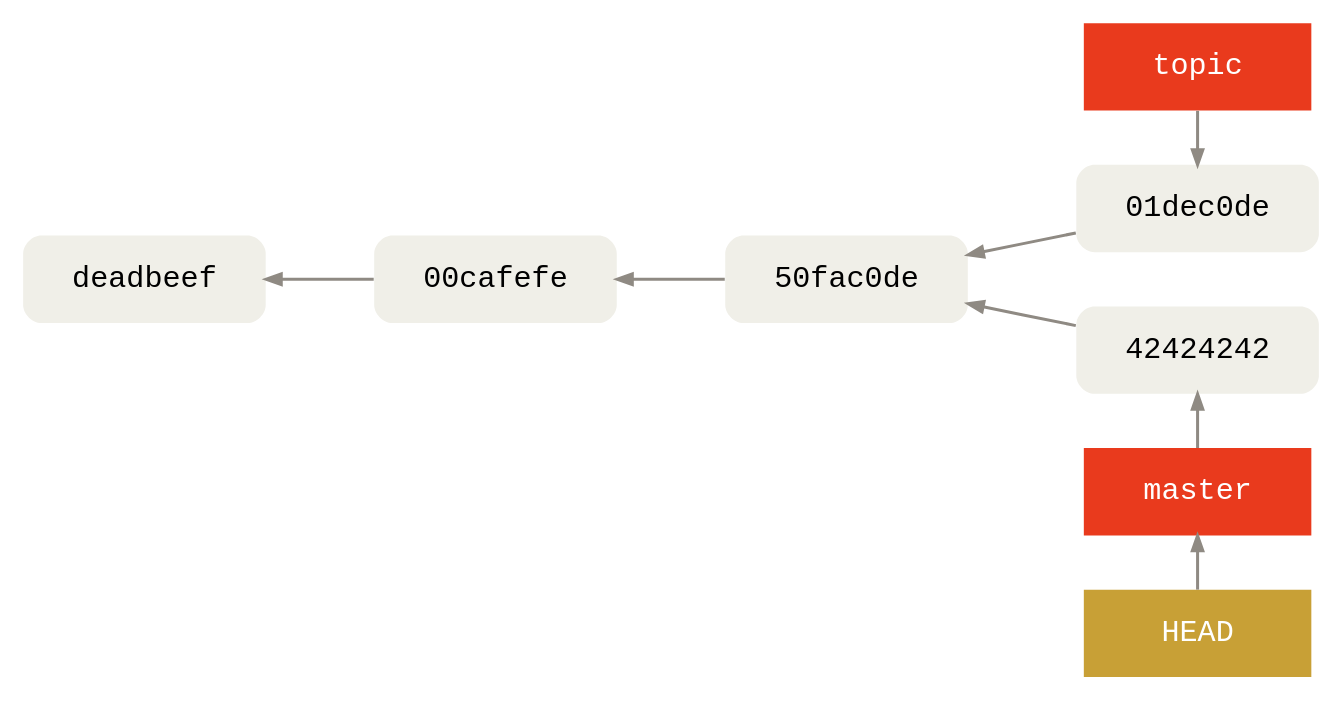
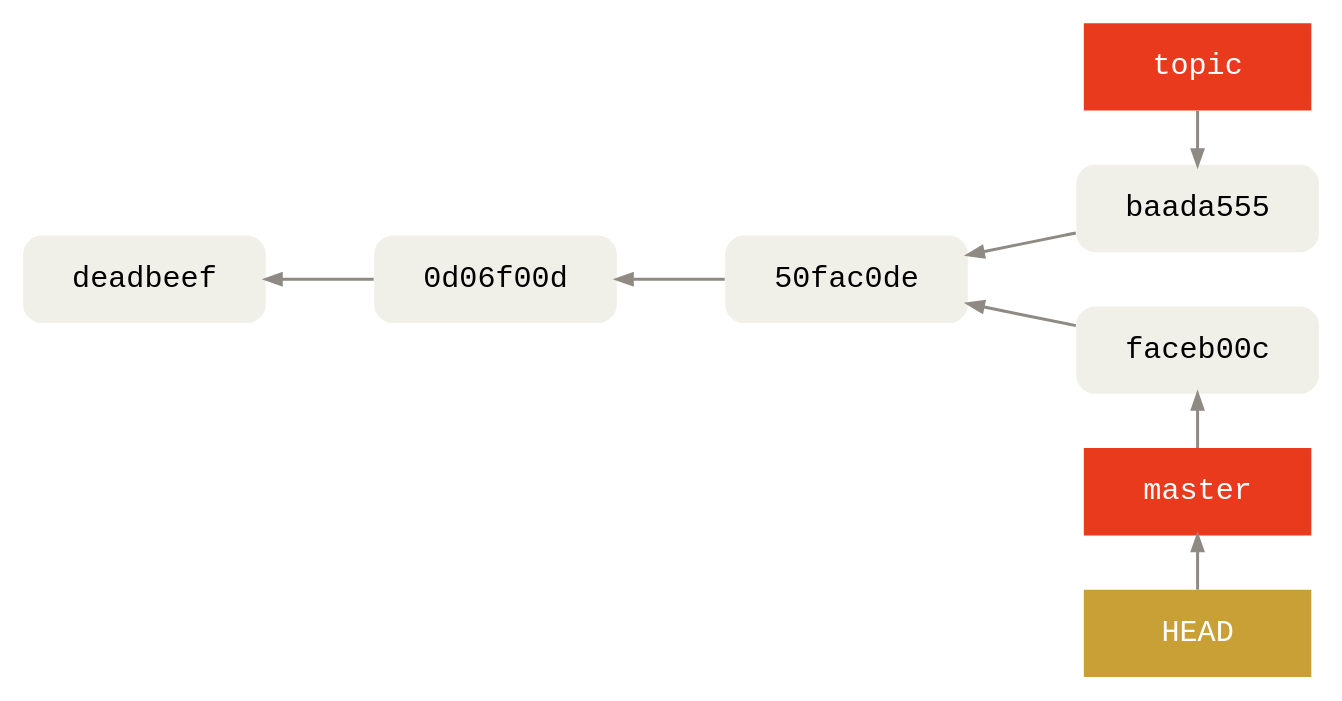
Before and after one commit to agross/git-reveal: the diagram in images/branching/7-advance-master.gv, drawn with Graphviz. The commit also changed 23 other files, not shown here.

```diff
--- a/images/branching/7-advance-master.gv
+++ b/images/branching/7-advance-master.gv
@@ -1,54 +1,54 @@
 digraph Git {
   bgcolor="transparent"
 
   rankdir=LR
   ranksep=1
   nodesep=.5
 
   edge [color="#8f8a83"
         penwidth=2
         dir="back"]
   node [shape=box
         fontname="Menlo, Monaco, Consolas, Lucida Console, Courier New, monospace"
         fontsize=20
         margin=".45,.25"
         width=2.1
         penwidth=0]
 
   node [style="rounded,filled"
         fillcolor="#f0efe8"]
   A [label="deadbeef"]
-  B [label="00cafefe"]
+  B [label="0d06f00d"]
   C [label="50fac0de"]
-  D [label="01dec0de"]
-  E [label="42424242"]
+  D [label="baada555"]
+  E [label="faceb00c"]
 
   node [style="filled"
         fontcolor="#ffffff"
         fillcolor="#e93a1d"]
   HEAD [fillcolor="#c8a036"]
 
   subgraph cluster_main {
     color=invis
     A -> B -> C
   }
 
   subgraph cluster_master {
     color=invis
     {
       rank=same
       HEAD -> master -> E [dir="forward"]
     }
   }
 
   subgraph cluster_topic {
     color=invis
     {
       rank=same
       D -> topic
     }
   }
 
   C -> E
   C -> D
 }
```
